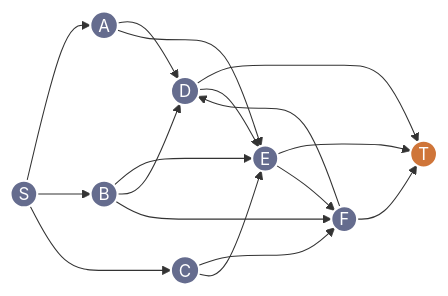
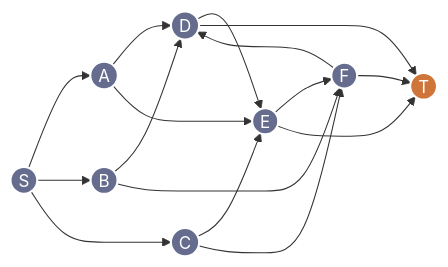
Before and after one commit to youan998/data_structure: the diagram in homework/test3.md, drawn with Mermaid. The commit also changed 13 other files, not shown here.

````diff
--- a/homework/test3.md
+++ b/homework/test3.md
@@ -1,34 +1,47 @@
 ``` mermaid
 graph LR
-    %% 1. 上层主干
-    S((S)) --> A((A))
-    A --> D((D))
-    D --> T((T))
-    
-    %% 2. 中层主干
-    S --> B((B))
-    B --> E((E))
-    E --> T
-    
-    %% 3. 下层主干
-    S --> C((C))
-    C --> F((F))
-    F --> T
-    
-    %% 4. 层与层之间的交叉连线（由左向右）
+    %% 1. 预先声明所有节点，锁定垂直层级
+    S((S))
+    A((A))
+    B((B))
+    C((C))
+    D((D))
+    E((E))
+    F((F))
+    T((T))
+
+    %% 2. 初始层
+    S --> A
+    S --> B
+    S --> C
+
+    %% 3. 【核心修复】按“出发节点”逐层向下声明，理顺所有出线口！
+    %% -- A 发出的线（上层） --
+    A --> D
     A --> E
+
+    %% -- B 发出的线（中层） --
     B --> D
     B --> F
+
+    %% -- C 发出的线（下层） --
     C --> E
-    
-    %% 5. 垂直方向的级联
-    D --> E
+    C --> F
+
+    %% -- D 发出的线（上层级联） --
+    D --> E  
+    D --> T
+
+    %% -- E 发出的线（中层级联） --
     E --> F
-    
-    %% 6. 回环连线（逆向）
-    F --> D
+    E --> T
 
+    %% -- F 发出的线（下层收束与回环） --
+    F --> T
+    F --> D  
+
+    %% 4. 样式定义
     classDef default fill:#656c8e, stroke:#fff, stroke-width:2px, color:#fff;
     classDef orange fill:#cf7539, stroke:#fff, stroke-width:2px, color:#fff;
     class T orange;
 ```
````
